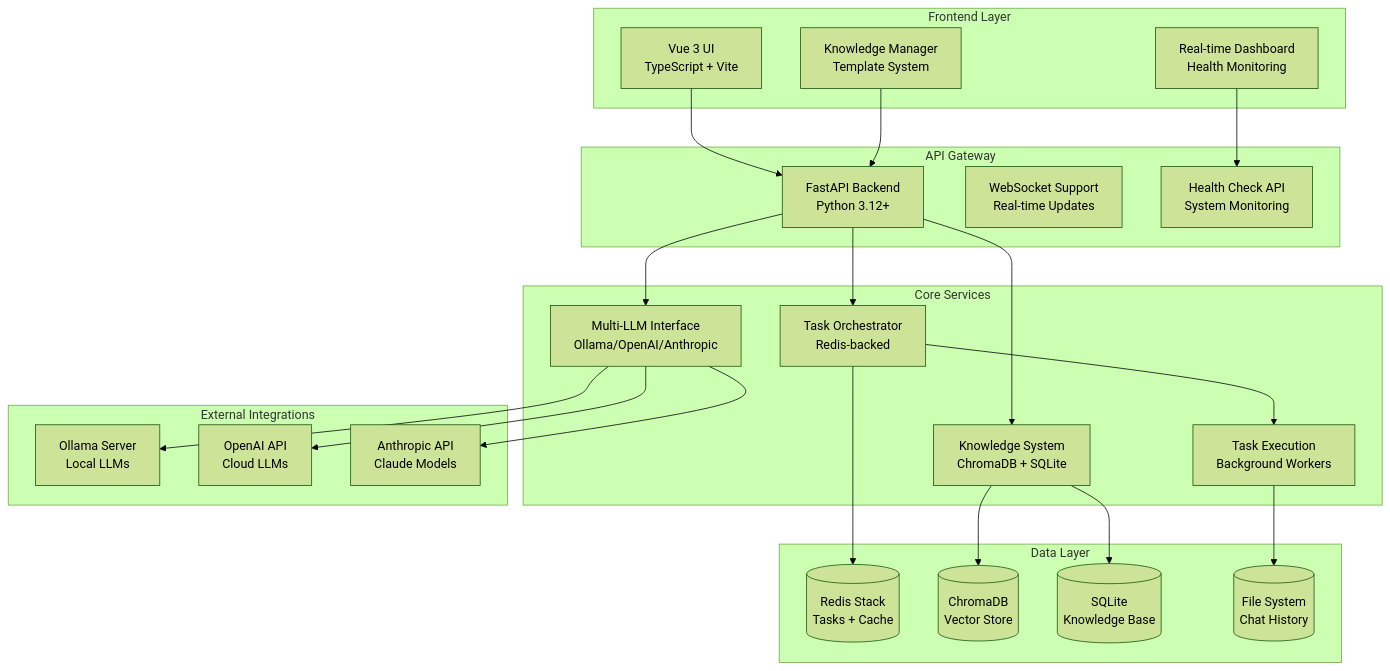
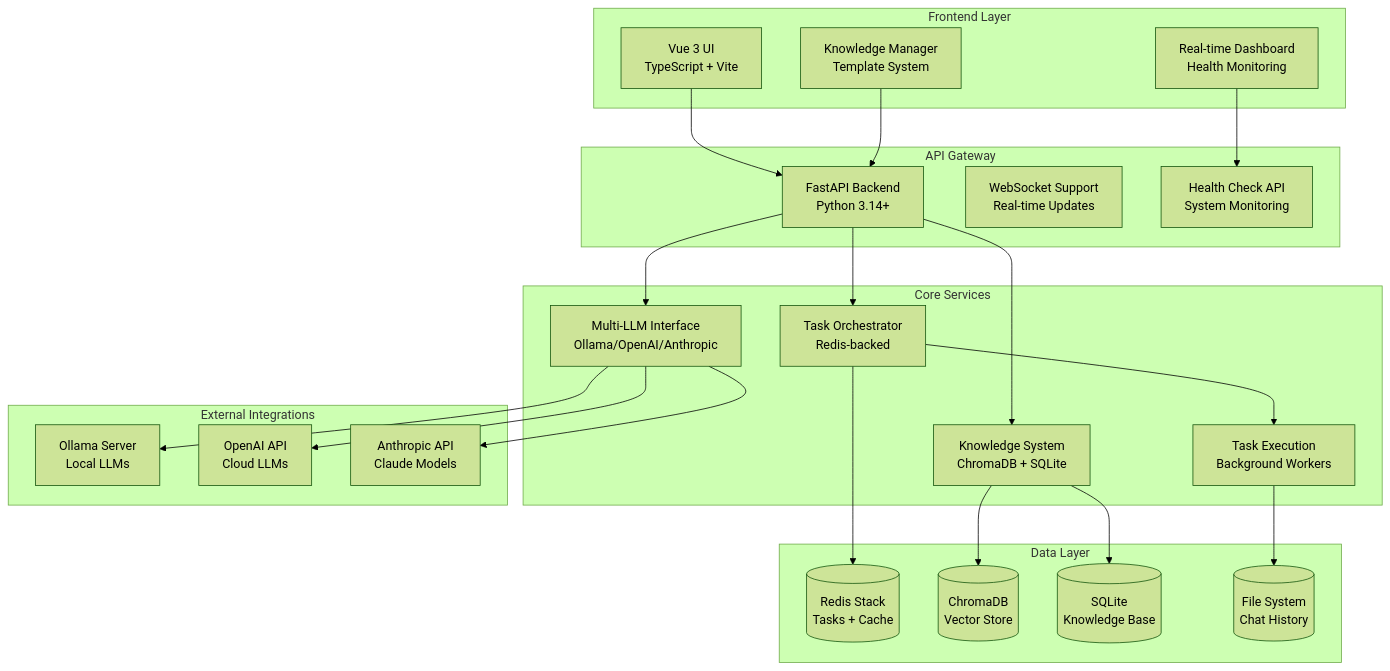
One commit to mrveiss/AutoBot-AI changed the first of 2 diagrams in docs/developer/01-architecture.md. Above: the diagram before and after it, drawn with Mermaid (forest theme). The commit also changed 45 other files, not shown here.

````diff
--- a/docs/developer/01-architecture.md
+++ b/docs/developer/01-architecture.md
@@ -11,49 +11,49 @@
 ```mermaid
 graph TB
     subgraph "Frontend Layer"
         UI[Vue 3 UI<br/>TypeScript + Vite]
         Dashboard[Real-time Dashboard<br/>Health Monitoring]
         KnowledgeUI[Knowledge Manager<br/>Template System]
     end
 
     subgraph "API Gateway"
-        FastAPI[FastAPI Backend<br/>Python 3.12+]
+        FastAPI[FastAPI Backend<br/>Python 3.14+]
         WebSocket[WebSocket Support<br/>Real-time Updates]
         HealthAPI[Health Check API<br/>System Monitoring]
     end
 
     subgraph "Core Services"
         Orchestrator[Task Orchestrator<br/>Redis-backed]
         LLMInterface[Multi-LLM Interface<br/>Ollama/OpenAI/Anthropic]
         KnowledgeBase[Knowledge System<br/>ChromaDB + SQLite]
         WorkerNode[Task Execution<br/>Background Workers]
     end
 
     subgraph "Data Layer"
         Redis[(Redis Stack<br/>Tasks + Cache)]
         ChromaDB[(ChromaDB<br/>Vector Store)]
         SQLite[(SQLite<br/>Knowledge Base)]
         FileSystem[(File System<br/>Chat History)]
     end
 
     subgraph "External Integrations"
         Ollama[Ollama Server<br/>Local LLMs]
         OpenAI[OpenAI API<br/>Cloud LLMs]
         Anthropic[Anthropic API<br/>Claude Models]
     end
 
     UI --> FastAPI
     Dashboard --> HealthAPI
     KnowledgeUI --> FastAPI
     FastAPI --> Orchestrator
     FastAPI --> LLMInterface
     FastAPI --> KnowledgeBase
     Orchestrator --> WorkerNode
     Orchestrator --> Redis
     LLMInterface --> Ollama
     LLMInterface --> OpenAI
     LLMInterface --> Anthropic
     KnowledgeBase --> ChromaDB
     KnowledgeBase --> SQLite
     WorkerNode --> FileSystem
 ```
````
